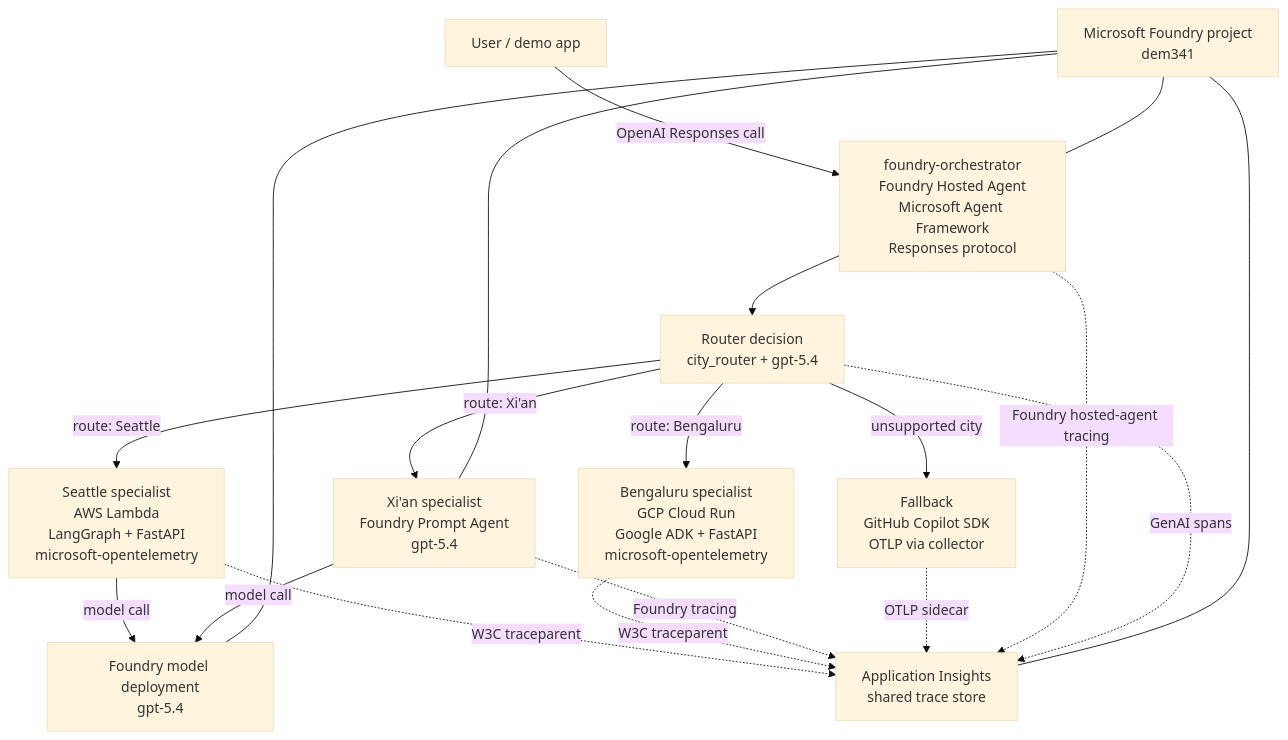
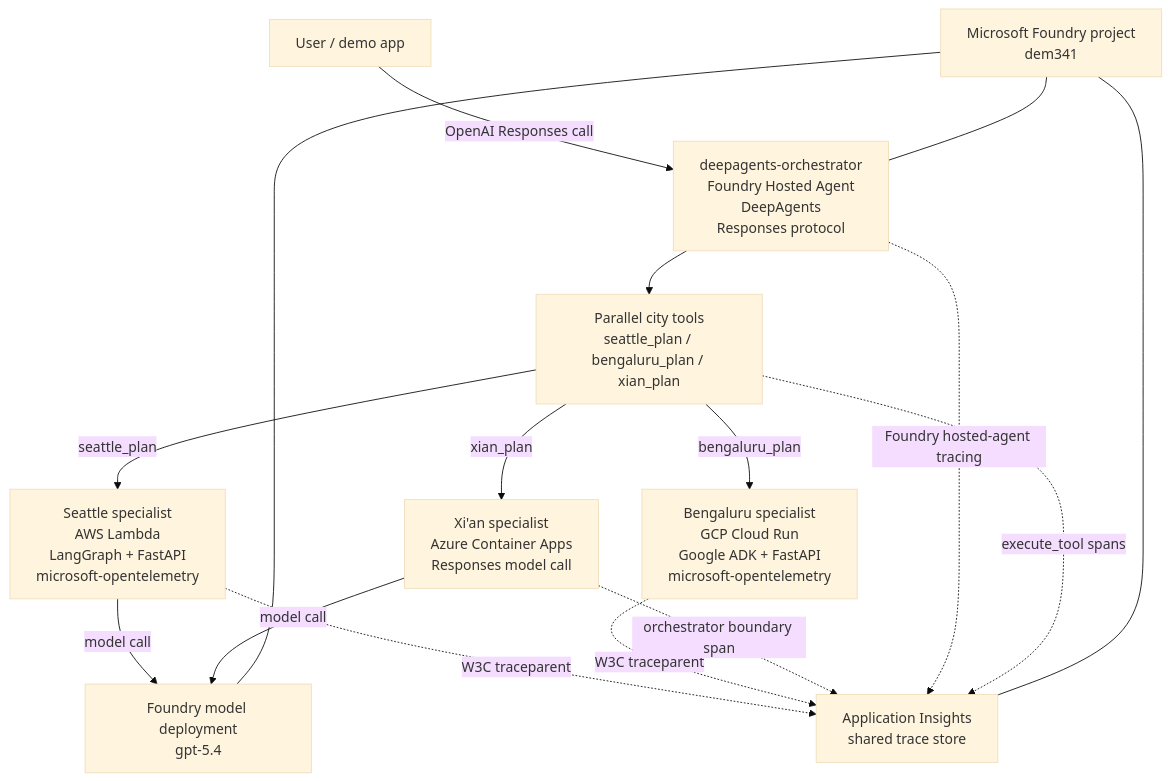
One commit to microsoft/Build26-DEM341-any-agent-any-cloud-standardized-tracing-with-foundry-and-opentelemetry changed the first of 2 diagrams in docs/architecture-diagram.md. Above: the diagram before and after it, drawn with Mermaid (base theme). The commit also changed other lines of this file and 48 other files, not shown here.

````diff
--- a/docs/architecture-diagram.md
+++ b/docs/architecture-diagram.md
@@ -3,37 +3,33 @@
 ```mermaid
 flowchart TB
     user["User / demo app"]
     foundry["Microsoft Foundry project<br/>dem341"]
     appi["Application Insights<br/>shared trace store"]
     model["Foundry model deployment<br/>gpt-5.4"]
 
-    orchestrator["foundry-orchestrator<br/>Foundry Hosted Agent<br/>Microsoft Agent Framework<br/>Responses protocol"]
-    router["Router decision<br/>city_router + gpt-5.4"]
+    orchestrator["deepagents-orchestrator<br/>Foundry Hosted Agent<br/>DeepAgents<br/>Responses protocol"]
+    tools["Parallel city tools<br/>seattle_plan / bengaluru_plan / xian_plan"]
 
     seattle["Seattle specialist<br/>AWS Lambda<br/>LangGraph + FastAPI<br/>microsoft-opentelemetry"]
     bengaluru["Bengaluru specialist<br/>GCP Cloud Run<br/>Google ADK + FastAPI<br/>microsoft-opentelemetry"]
-    xian["Xi'an specialist<br/>Foundry Prompt Agent<br/>gpt-5.4"]
-    copilot["Fallback<br/>GitHub Copilot SDK<br/>OTLP via collector"]
+    xian["Xi'an specialist<br/>Azure Container Apps<br/>Responses model call"]
 
     user -->|"OpenAI Responses call"| orchestrator
-    orchestrator --> router
-    router -->|"route: Seattle"| seattle
-    router -->|"route: Bengaluru"| bengaluru
-    router -->|"route: Xi'an"| xian
-    router -->|"unsupported city"| copilot
+    orchestrator --> tools
+    tools -->|"seattle_plan"| seattle
+    tools -->|"bengaluru_plan"| bengaluru
+    tools -->|"xian_plan"| xian
 
     seattle -->|"model call"| model
     xian -->|"model call"| model
 
     seattle -. "W3C traceparent" .-> appi
     bengaluru -. "W3C traceparent" .-> appi
-    xian -. "Foundry tracing" .-> appi
-    copilot -. "OTLP sidecar" .-> appi
+    xian -. "orchestrator boundary span" .-> appi
     orchestrator -. "Foundry hosted-agent tracing" .-> appi
-    router -. "GenAI spans" .-> appi
+    tools -. "execute_tool spans" .-> appi
 
     foundry --- orchestrator
-    foundry --- xian
     foundry --- model
     foundry --- appi
 ```
````
